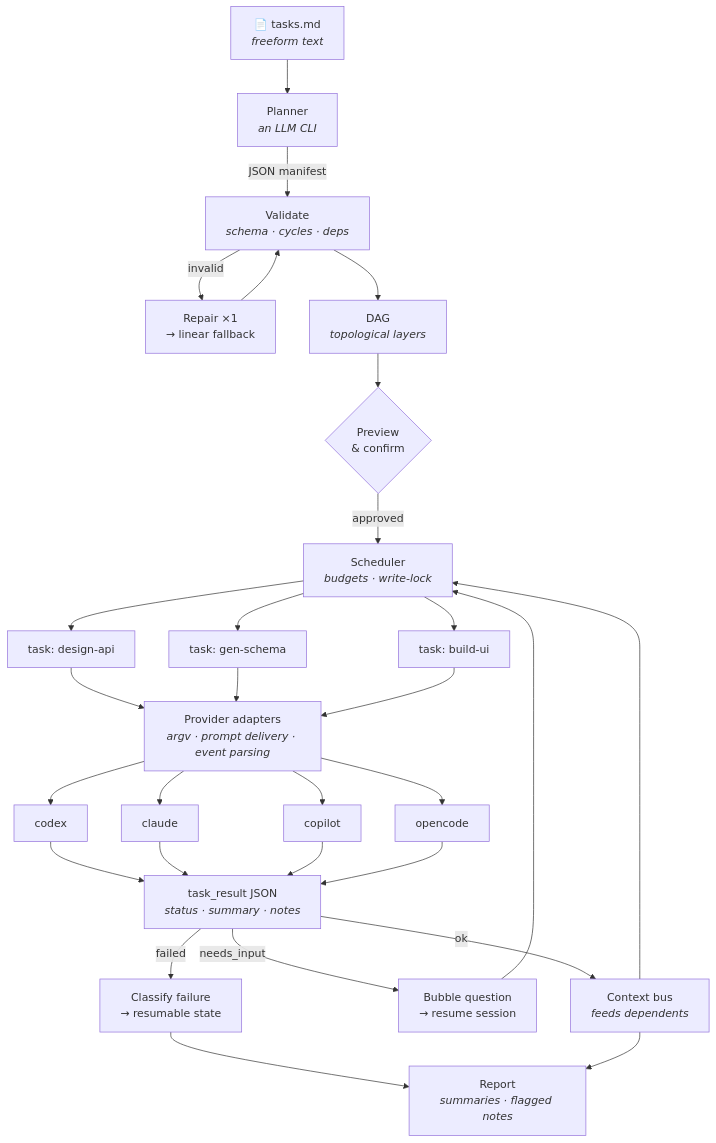
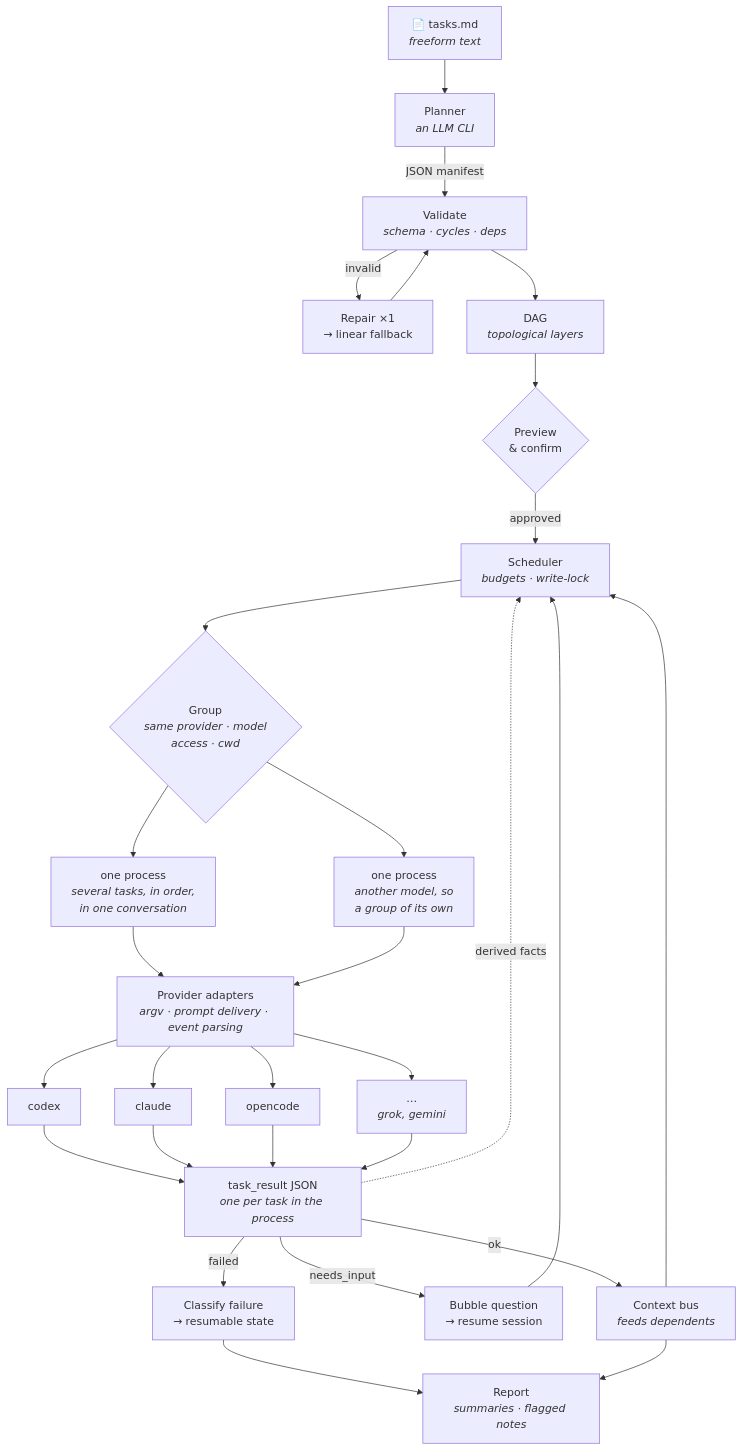
One commit to juliomatcom/baya-cli changed the diagram in README.md. Above: the diagram before and after it, drawn with Mermaid. The commit also changed other lines of this file and 82 other files, not shown here.

First line of the commit message:
feat: group tasks into one provider process, and delete session reuse (#9)

````diff
--- a/README.md
+++ b/README.md
@@ -135,37 +136,38 @@
 ```mermaid
 flowchart TB
     MD["📄 tasks.md<br/><i>freeform text</i>"] --> P["Planner<br/><i>an LLM CLI</i>"]
     P -->|JSON manifest| V["Validate<br/><i>schema · cycles · deps</i>"]
     V -->|invalid| R["Repair ×1<br/>→ linear fallback"]
     R --> V
     V --> G["DAG<br/><i>topological layers</i>"]
     G --> GATE{"Preview<br/>& confirm"}
     GATE -->|approved| S["Scheduler<br/><i>budgets · write-lock</i>"]
 
-    S --> T1["task: design-api"]
-    S --> T2["task: gen-schema"]
-    S --> T3["task: build-ui"]
+    S --> GRP{"Group<br/><i>same provider · model<br/>access · cwd</i>"}
 
-    T1 --> AD["Provider adapters<br/><i>argv · prompt delivery · event parsing</i>"]
-    T2 --> AD
-    T3 --> AD
+    GRP --> P1["one process<br/><i>several tasks, in order,<br/>in one conversation</i>"]
+    GRP --> P2["one process<br/><i>another model, so<br/>a group of its own</i>"]
+
+    P1 --> AD["Provider adapters<br/><i>argv · prompt delivery · event parsing</i>"]
+    P2 --> AD
 
     AD --> C1["codex"]
     AD --> C2["claude"]
-    AD --> C3["copilot"]
-    AD --> C4["opencode"]
+    AD --> C3["opencode"]
+    AD --> CN["…<br/><i>grok, gemini</i>"]
 
-    C1 --> RES["task_result JSON<br/><i>status · summary · notes</i>"]
+    C1 --> RES["task_result JSON<br/><i>one per task in the process</i>"]
     C2 --> RES
     C3 --> RES
-    C4 --> RES
+    CN --> RES
 
     RES -->|ok| BUS["Context bus<br/><i>feeds dependents</i>"]
     RES -->|needs_input| ASK["Bubble question<br/>→ resume session"]
     RES -->|failed| REC["Classify failure<br/>→ resumable state"]
 
+    RES -.->|derived facts| S
     BUS --> S
     ASK --> S
     REC --> OUT["Report<br/><i>summaries · flagged notes</i>"]
     BUS --> OUT
 ```
````
